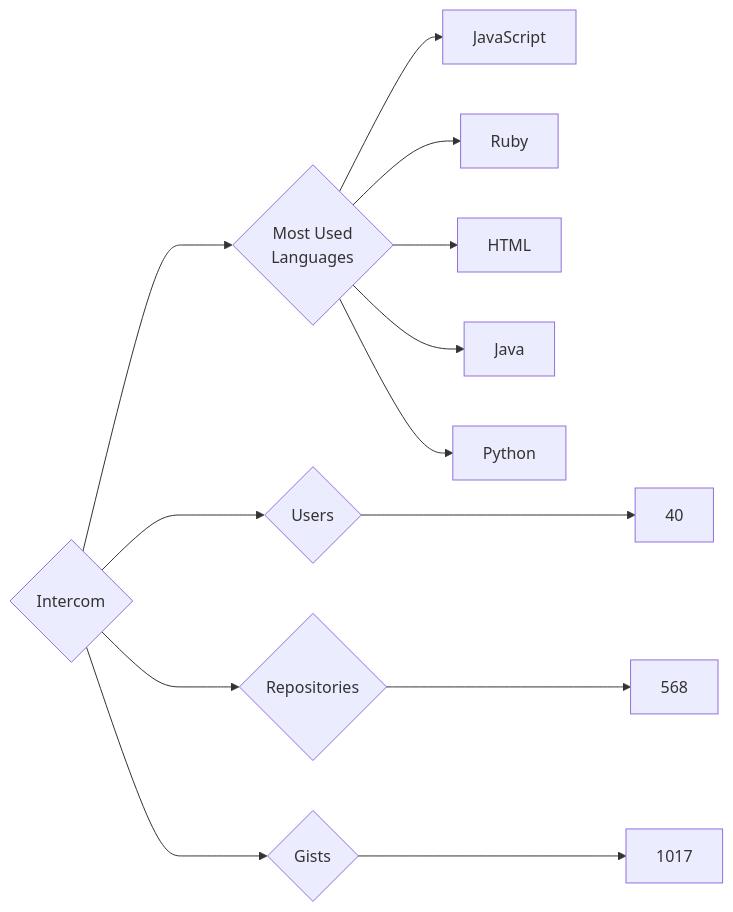
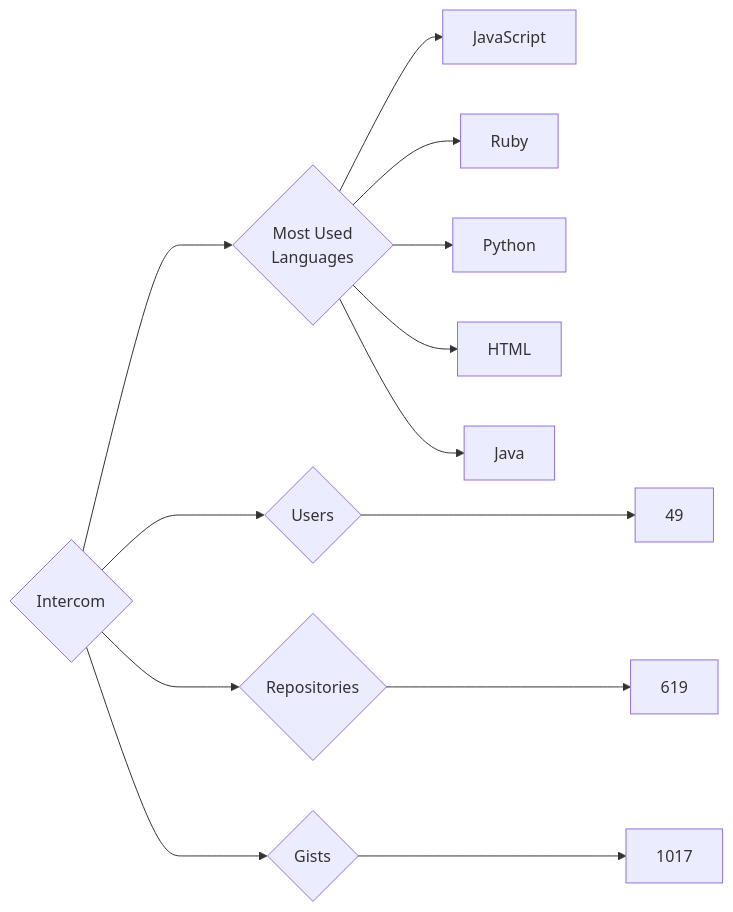
Before and after one commit to trickest/insiders: the diagram in targets/Intercom/README.md, drawn with Mermaid. The commit also changed 998 other files, not shown here.

````diff
--- a/targets/Intercom/README.md
+++ b/targets/Intercom/README.md
@@ -3,13 +3,13 @@
 ```mermaid
 graph LR
 COMPANY_NAME{Intercom}
-COMPANY_NAME ---> U{Users} ---> UN[40]
-COMPANY_NAME ---> R{Repositories} ---> RN[568]
+COMPANY_NAME ---> U{Users} ---> UN[49]
+COMPANY_NAME ---> R{Repositories} ---> RN[619]
 COMPANY_NAME ---> G{Gists} ---> GN[1017]
 COMPANY_NAME ---> ML{Most Used<br>Languages}
 ML --> JavaScript[JavaScript]
 ML --> Ruby[Ruby]
+ML --> Python[Python]
 ML --> HTML[HTML]
 ML --> Java[Java]
-ML --> Python[Python]
 ```
````
